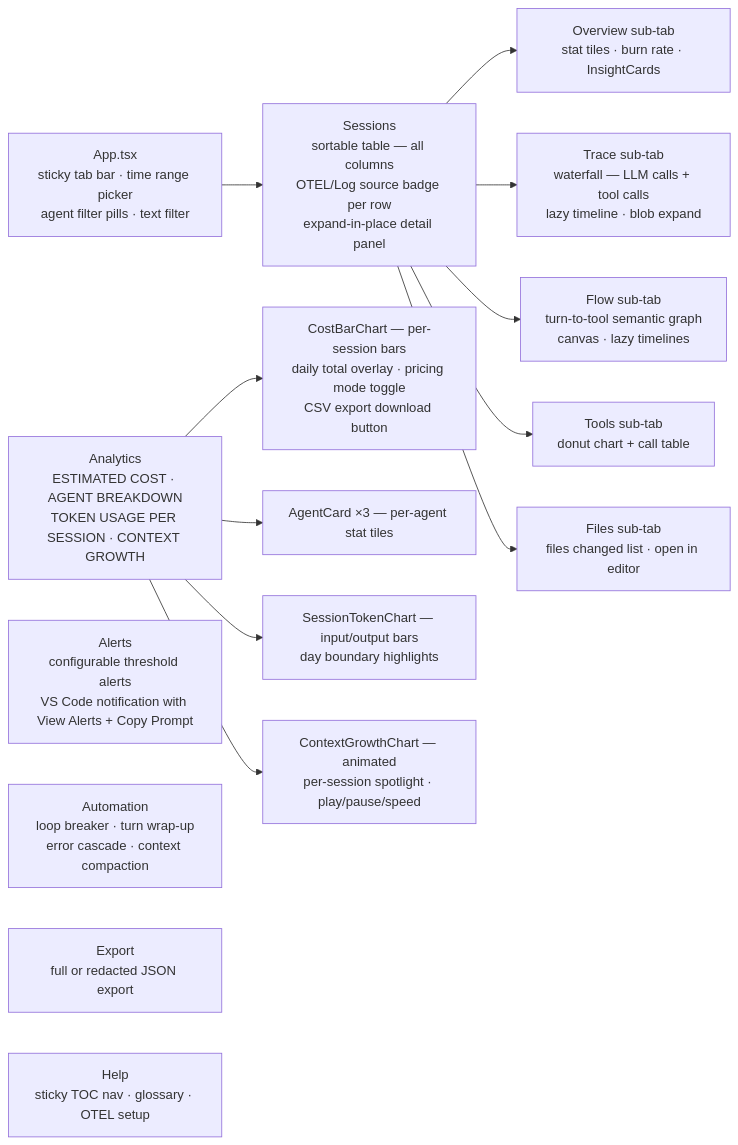
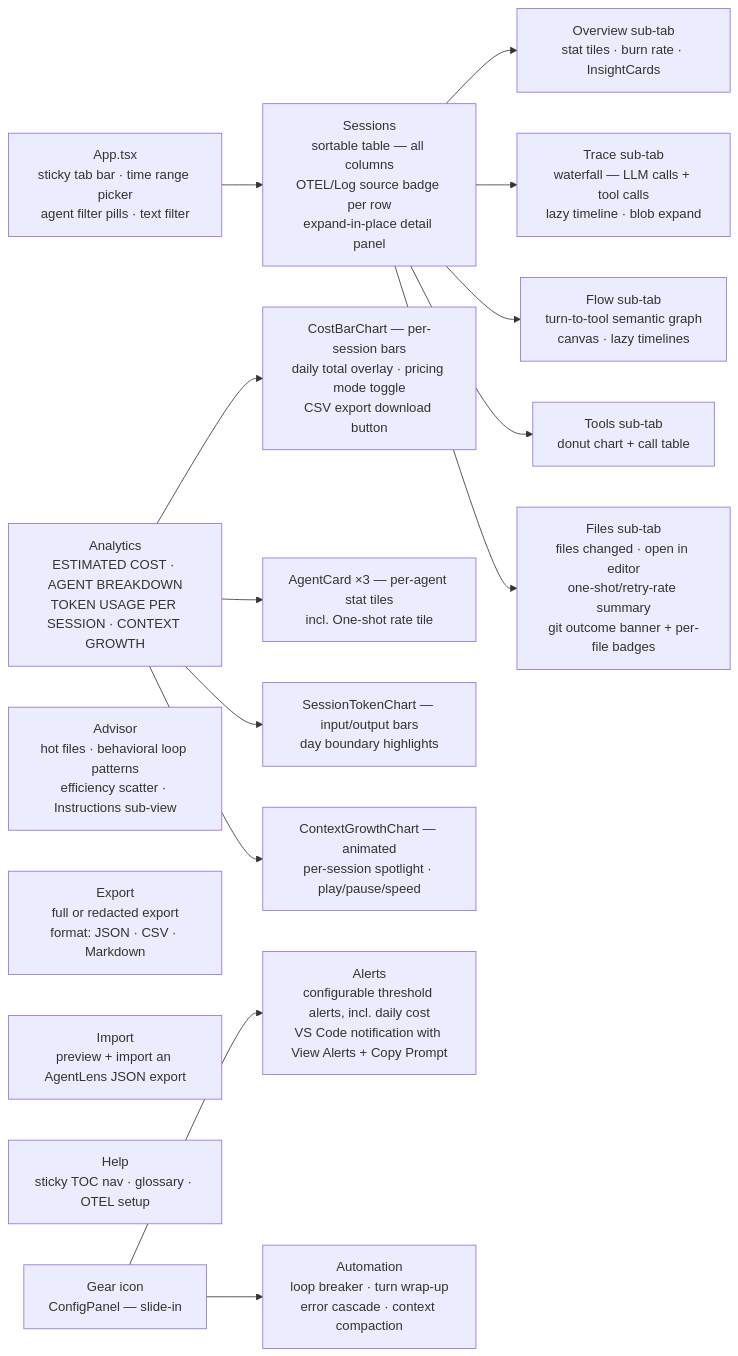
One commit to RogerReed/agentlens changed diagram 14 of 19 in ARCHITECTURE.md. Above: the diagram before and after it, drawn with Mermaid. The commit also changed other lines of this file, not shown here.

First line of the commit message:
docs: bring ARCHITECTURE.md in line with current codebase (#179)

````diff
--- a/ARCHITECTURE.md
+++ b/ARCHITECTURE.md
@@ -753,22 +793,25 @@
 ```mermaid
 graph LR
     APP[App.tsx<br/>sticky tab bar · time range picker<br/>agent filter pills · text filter] --> T1
 
     T1[Sessions<br/>sortable table — all columns<br/>OTEL/Log source badge per row<br/>expand-in-place detail panel]
     T1 --> D1[Overview sub-tab<br/>stat tiles · burn rate · InsightCards]
     T1 --> D2[Trace sub-tab<br/>waterfall — LLM calls + tool calls<br/>lazy timeline · blob expand]
     T1 --> D3[Flow sub-tab<br/>turn-to-tool semantic graph<br/>canvas · lazy timelines]
     T1 --> D4[Tools sub-tab<br/>donut chart + call table]
-    T1 --> D5[Files sub-tab<br/>files changed list · open in editor]
+    T1 --> D5[Files sub-tab<br/>files changed · open in editor<br/>one-shot/retry-rate summary<br/>git outcome banner + per-file badges]
 
     T2[Analytics<br/>ESTIMATED COST · AGENT BREAKDOWN<br/>TOKEN USAGE PER SESSION · CONTEXT GROWTH]
     T2 --> A1[CostBarChart — per-session bars<br/>daily total overlay · pricing mode toggle<br/>CSV export download button]
-    T2 --> A2[AgentCard ×3 — per-agent stat tiles]
+    T2 --> A2[AgentCard ×3 — per-agent stat tiles<br/>incl. One-shot rate tile]
     T2 --> A3[SessionTokenChart — input/output bars<br/>day boundary highlights]
     T2 --> A4[ContextGrowthChart — animated<br/>per-session spotlight · play/pause/speed]
 
-    T3[Alerts<br/>configurable threshold alerts<br/>VS Code notification with View Alerts + Copy Prompt]
-    T4[Automation<br/>loop breaker · turn wrap-up<br/>error cascade · context compaction]
-    T5[Export<br/>full or redacted JSON export]
+    T3[Advisor<br/>hot files · behavioral loop patterns<br/>efficiency scatter · Instructions sub-view]
+    T4[Export<br/>full or redacted export<br/>format: JSON · CSV · Markdown]
+    T5[Import<br/>preview + import an AgentLens JSON export]
     T6[Help<br/>sticky TOC nav · glossary · OTEL setup]
+
+    GEAR[Gear icon<br/>ConfigPanel — slide-in] --> S1[Alerts<br/>configurable threshold alerts, incl. daily cost<br/>VS Code notification with View Alerts + Copy Prompt]
+    GEAR --> S2[Automation<br/>loop breaker · turn wrap-up<br/>error cascade · context compaction]
 ```
````
